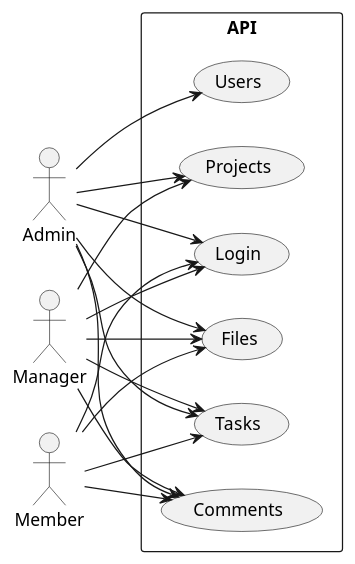
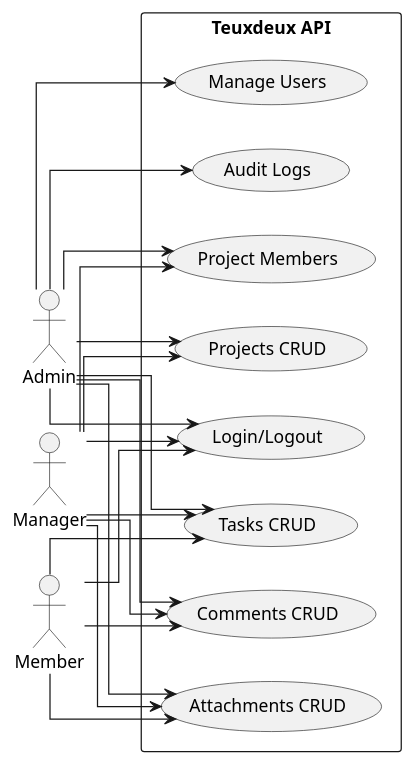
One commit to mei-desofs/desofs2026-wed_ffs_4 changed the diagram in Docs/Diagrams/01_UseCase.puml. Above: the diagram before and after it, drawn with PlantUML. The commit also changed 15 other files, not shown here.

Commit message:
Diagrams generation

```diff
--- a/Docs/Diagrams/01_UseCase.puml
+++ b/Docs/Diagrams/01_UseCase.puml
@@ -1,35 +1,41 @@
 @startuml Teuxdeux_UseCase
 left to right direction
+skinparam linetype ortho
 
-actor Admin as AD
-actor Manager as MGR
-actor Member as MEM
+actor Admin
+actor Manager
+actor Member
 
-rectangle "API" {
-  usecase "Login" as UC1
-  usecase "Projects" as UC2
-  usecase "Tasks" as UC3
-  usecase "Comments" as UC4
-  usecase "Files" as UC5
-  usecase "Users" as UC6
+rectangle "Teuxdeux API" {
+  usecase "Login/Logout" as UC1
+  usecase "Manage Users" as UC2
+  usecase "Projects CRUD" as UC3
+  usecase "Project Members" as UC4
+  usecase "Tasks CRUD" as UC5
+  usecase "Comments CRUD" as UC6
+  usecase "Attachments CRUD" as UC7
+  usecase "Audit Logs" as UC8
 }
 
-AD --> UC1
-AD --> UC2
-AD --> UC3
-AD --> UC4
-AD --> UC5
-AD --> UC6
+Admin --> UC1
+Admin --> UC2
+Admin --> UC3
+Admin --> UC4
+Admin --> UC5
+Admin --> UC6
+Admin --> UC7
+Admin --> UC8
 
-MGR --> UC1
-MGR --> UC2
-MGR --> UC3
-MGR --> UC4
-MGR --> UC5
+Manager --> UC1
+Manager --> UC3
+Manager --> UC4
+Manager --> UC5
+Manager --> UC6
+Manager --> UC7
 
-MEM --> UC1
-MEM --> UC3
-MEM --> UC4
-MEM --> UC5
+Member --> UC1
+Member --> UC5
+Member --> UC6
+Member --> UC7
 
 @enduml
```
